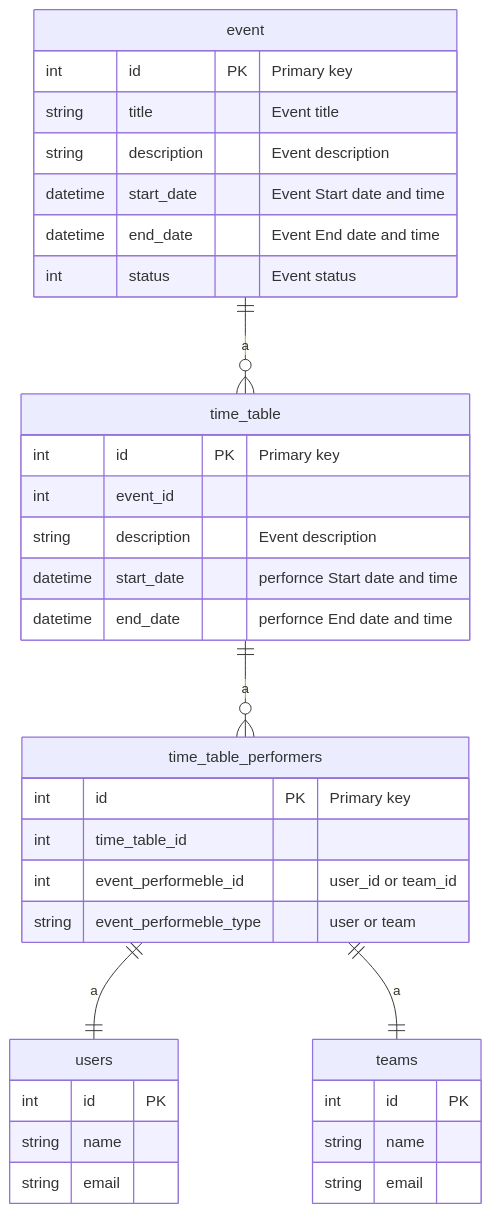
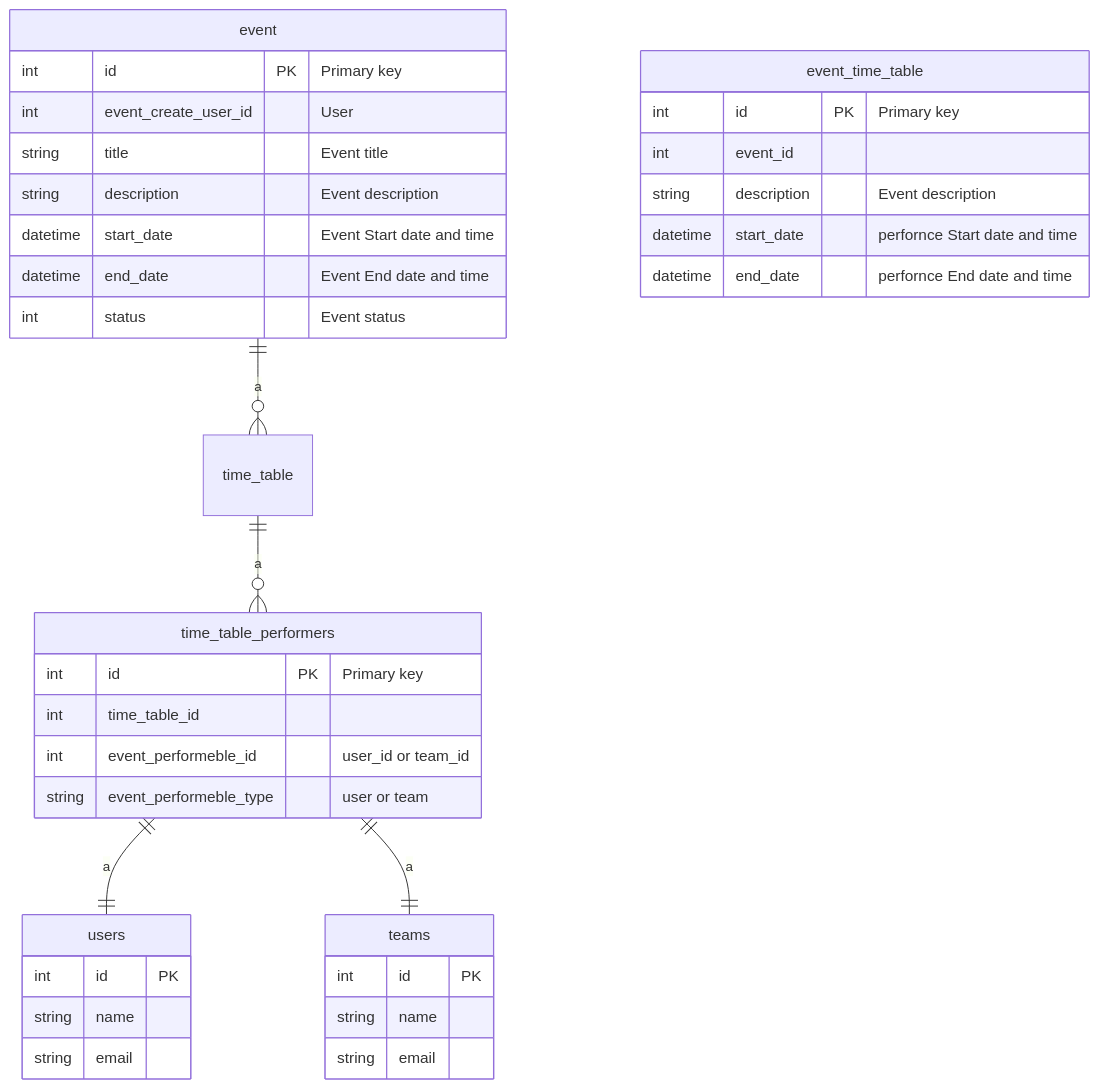
Before and after one commit to SphereStacking/HollowShelfie: the diagram in .doc/eventとperformer(user-or-team,b2b)の関係 copy.mmd, drawn with Mermaid. The commit also changed 23 other files, not shown here.

```diff
--- a/.doc/eventとperformer(user-or-team,b2b)の関係 copy.mmd
+++ b/.doc/eventとperformer(user-or-team,b2b)の関係 copy.mmd
@@ -1,44 +1,45 @@
 erDiagram
 
 
     event ||--o{ time_table : a
     time_table ||--o{ time_table_performers : a
     time_table_performers ||--|| users : a
     time_table_performers ||--|| teams : a
 
     event {
         int id PK "Primary key"
+        int event_create_user_id "User"
         string title "Event title"
         string description "Event description"
         datetime start_date "Event Start date and time"
         datetime end_date "Event End date and time"
         int status "Event status"
     }
 
-    time_table{
+    event_time_table {
         int id PK "Primary key"
         int event_id
         string description "Event description"
         datetime start_date "perfornce Start date and time"
         datetime end_date "perfornce End date and time"
     }
 
     time_table_performers {
         int id PK "Primary key"
         int time_table_id
 
         int event_performeble_id "user_id or team_id"
         string event_performeble_type " user or team"
     }
 
     users {
         int id PK
         string name
         string email
     }
 
     teams {
         int id PK
         string name
         string email
     }
```
